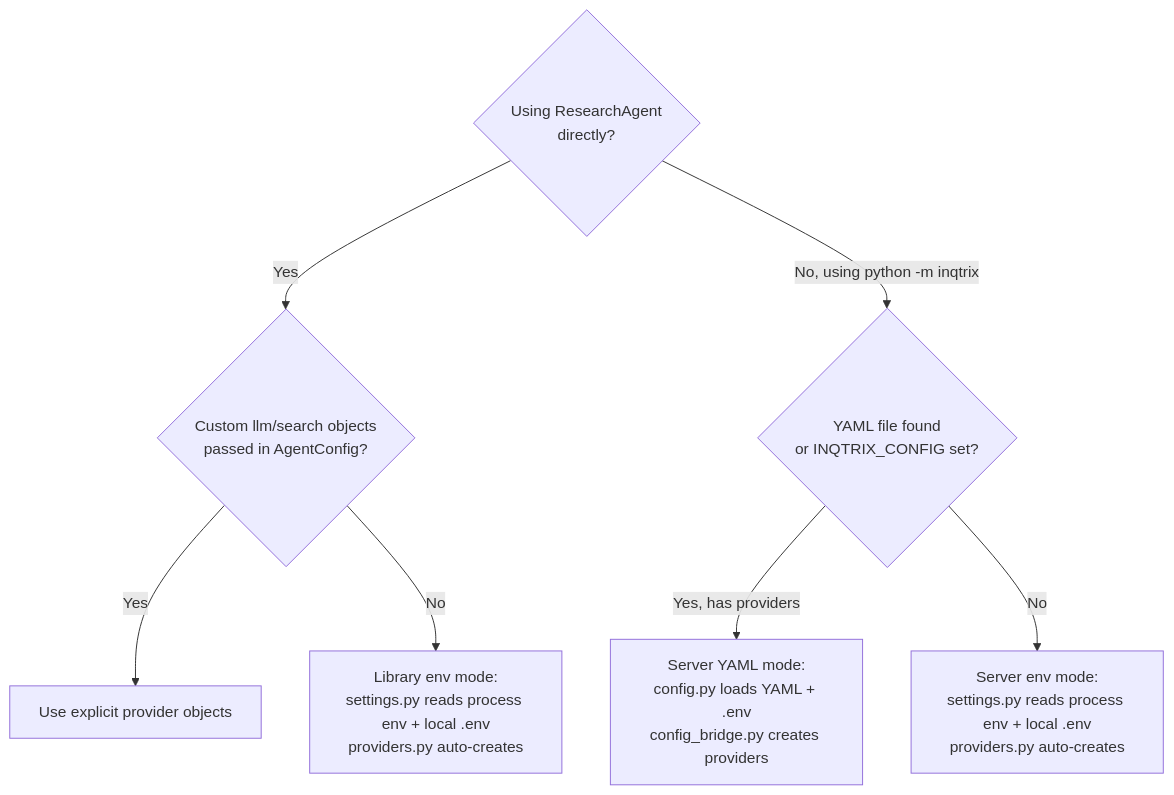
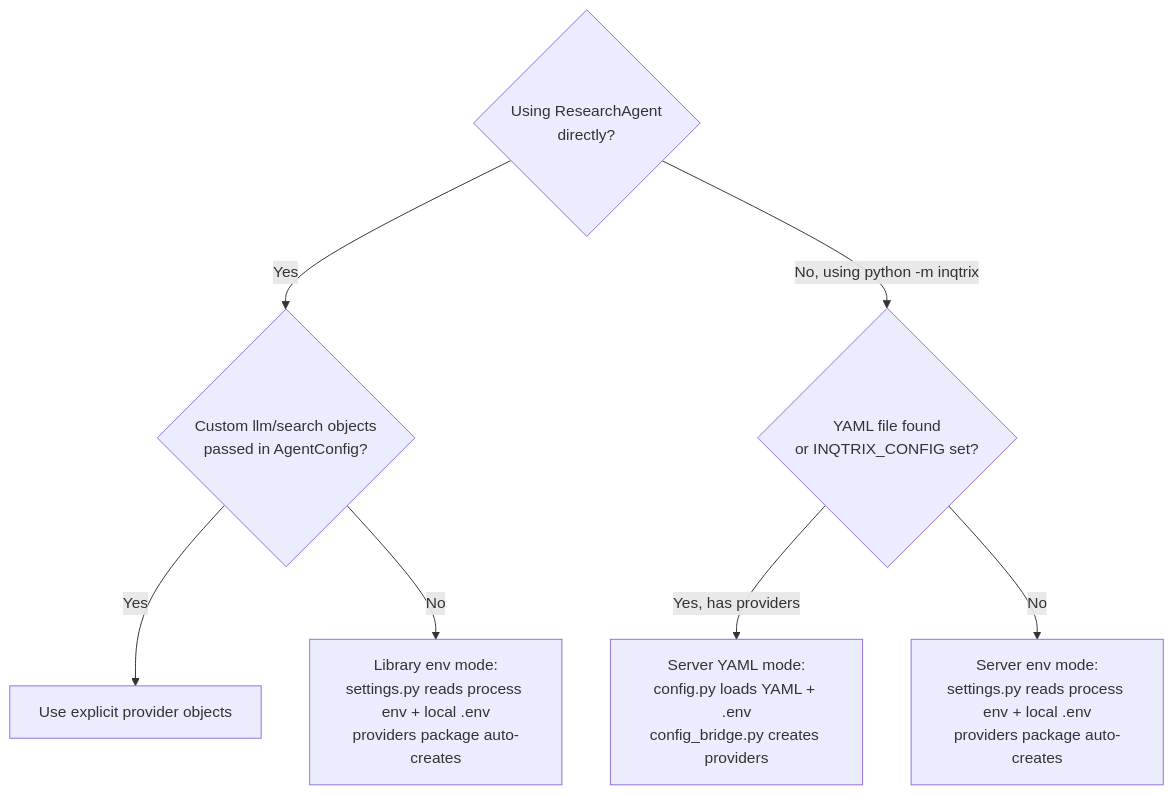
Before and after one commit to BZandi/inqtrix: the fourth of 14 diagrams in Agent-Architecture.md, drawn with Mermaid. The commit also changed other lines of this file and 20 other files, not shown here.

````diff
--- a/Agent-Architecture.md
+++ b/Agent-Architecture.md
@@ -242,10 +242,10 @@
 ```mermaid
 flowchart TD
     A{"Using ResearchAgent<br/>directly?"}
     A -->|Yes| B{"Custom llm/search objects<br/>passed in AgentConfig?"}
     B -->|Yes| C["Use explicit provider objects"]
-    B -->|No| D["Library env mode:<br/>settings.py reads process env + local .env<br/>providers.py auto-creates"]
+    B -->|No| D["Library env mode:<br/>settings.py reads process env + local .env<br/>providers package auto-creates"]
     A -->|No, using python -m inqtrix| E{"YAML file found<br/>or INQTRIX_CONFIG set?"}
     E -->|Yes, has providers| F["Server YAML mode:<br/>config.py loads YAML + .env<br/>config_bridge.py creates providers"]
-    E -->|No| G["Server env mode:<br/>settings.py reads process env + local .env<br/>providers.py auto-creates"]
+    E -->|No| G["Server env mode:<br/>settings.py reads process env + local .env<br/>providers package auto-creates"]
 ```
````
